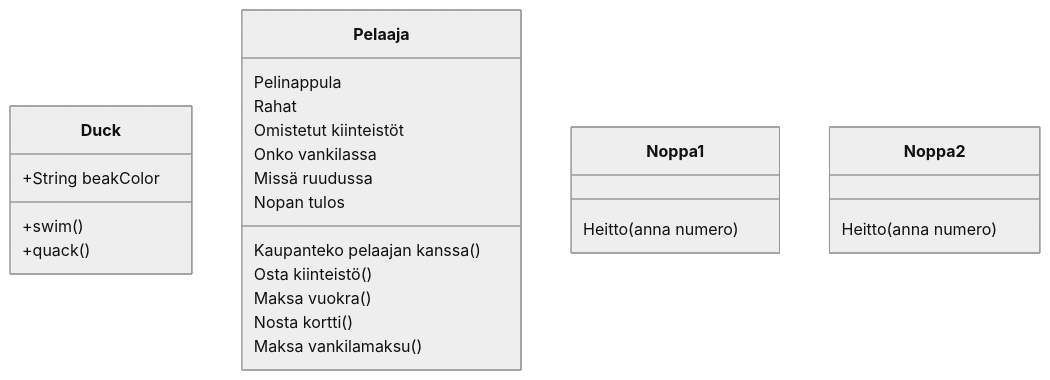
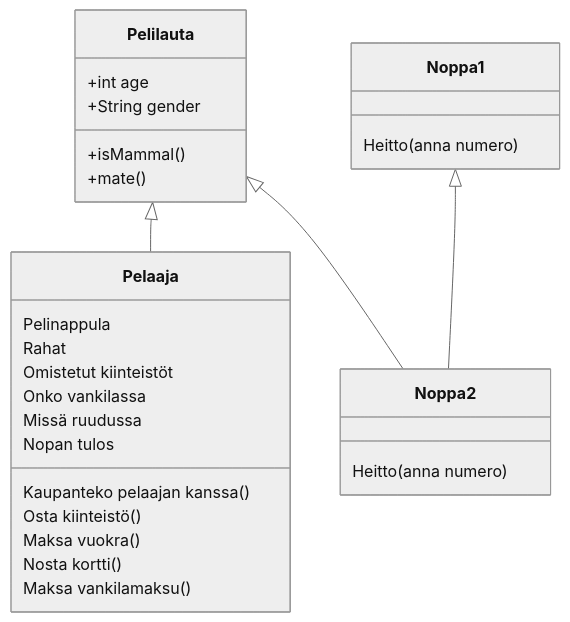
One commit to kodtld/TravelHub changed the diagram in laskarit/viikko3/luokkakaavio.md. Above: the diagram before and after it, drawn with Mermaid (neutral theme).

````diff
--- a/laskarit/viikko3/luokkakaavio.md
+++ b/laskarit/viikko3/luokkakaavio.md
@@ -1,32 +1,35 @@
 ```mermaid
  classDiagram
-      class Duck{
-          +String beakColor
-          +swim()
-          +quack()
-      }
+      Pelilauta <|-- Pelaaja
+      Pelilauta <|-- Noppa2
+      Noppa1  <|-- Noppa2 
+      Pelilauta : +int age
+      Pelilauta : +String gender
+      Pelilauta: +isMammal()
+      Pelilauta: +mate()
+
       class Pelaaja{
           Pelinappula
           Rahat
           Omistetut kiinteistöt  
           Onko vankilassa
           Missä ruudussa
           Nopan tulos
           
 
           Kaupanteko pelaajan kanssa()
           Osta kiinteistö()
           Maksa vuokra()
           Nosta kortti()
           Maksa vankilamaksu()  
 
       }
       class Noppa1{
           Heitto(anna numero)
       }
 
       class Noppa2{
           Heitto(anna numero)
       }
 
 ```
````
